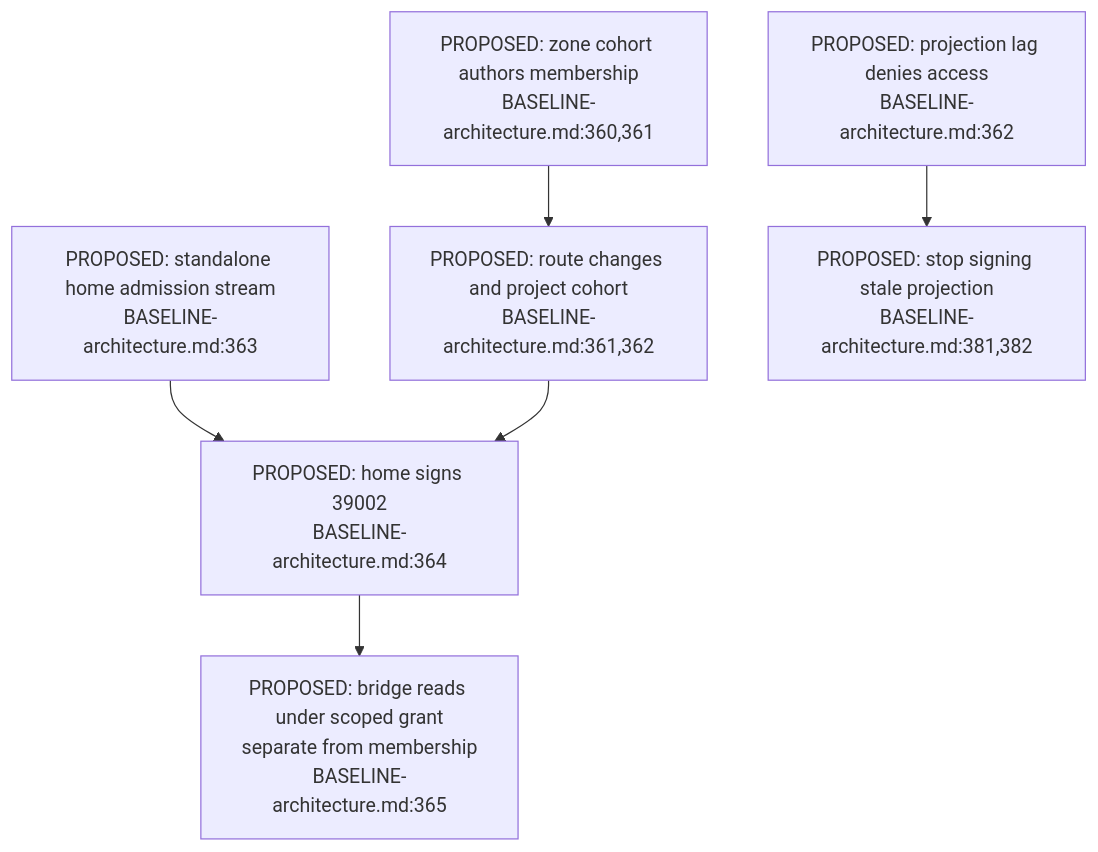
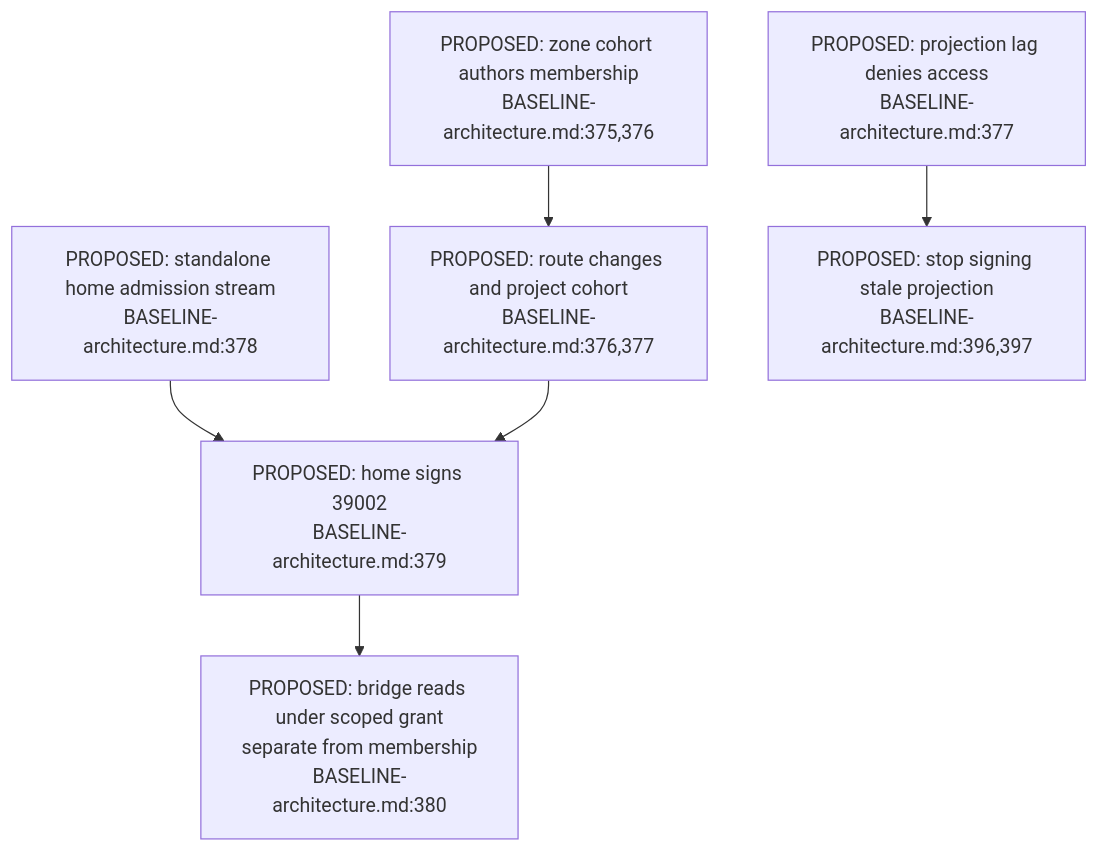
One commit to DreamLab-AI/VisionFlow changed the first of 3 diagrams in docs/diagrams/nostr-rust-forum/14-proposed-group-replication-and-spaces.md. Above: the diagram before and after it, drawn with Mermaid. The commit also changed other lines of this file and 10 other files, not shown here.

First line of the commit message:
diagrams(nostr-rust-forum): re-verify NF-13/14/17/18/20/21/22/24/26/27/28 at kit 4a73a7a

````diff
--- a/docs/diagrams/nostr-rust-forum/14-proposed-group-replication-and-spaces.md
+++ b/docs/diagrams/nostr-rust-forum/14-proposed-group-replication-and-spaces.md
@@ -25,9 +25,9 @@
 ```mermaid
 flowchart TD
-    COHORT["PROPOSED: zone cohort authors membership<br/>BASELINE-architecture.md:360,361"] --> PROJECT["PROPOSED: route changes and project cohort<br/>BASELINE-architecture.md:361,362"]
-    STREAM["PROPOSED: standalone home admission stream<br/>BASELINE-architecture.md:363"] --> SIGN["PROPOSED: home signs 39002<br/>BASELINE-architecture.md:364"]
+    COHORT["PROPOSED: zone cohort authors membership<br/>BASELINE-architecture.md:375,376"] --> PROJECT["PROPOSED: route changes and project cohort<br/>BASELINE-architecture.md:376,377"]
+    STREAM["PROPOSED: standalone home admission stream<br/>BASELINE-architecture.md:378"] --> SIGN["PROPOSED: home signs 39002<br/>BASELINE-architecture.md:379"]
     PROJECT --> SIGN
-    LAG["PROPOSED: projection lag denies access<br/>BASELINE-architecture.md:362"] --> STOP["PROPOSED: stop signing stale projection<br/>BASELINE-architecture.md:381,382"]
-    BRIDGE["PROPOSED: bridge reads under scoped grant<br/>separate from membership<br/>BASELINE-architecture.md:365"]
+    LAG["PROPOSED: projection lag denies access<br/>BASELINE-architecture.md:377"] --> STOP["PROPOSED: stop signing stale projection<br/>BASELINE-architecture.md:396,397"]
+    BRIDGE["PROPOSED: bridge reads under scoped grant<br/>separate from membership<br/>BASELINE-architecture.md:380"]
     SIGN --> BRIDGE
 ```
````
